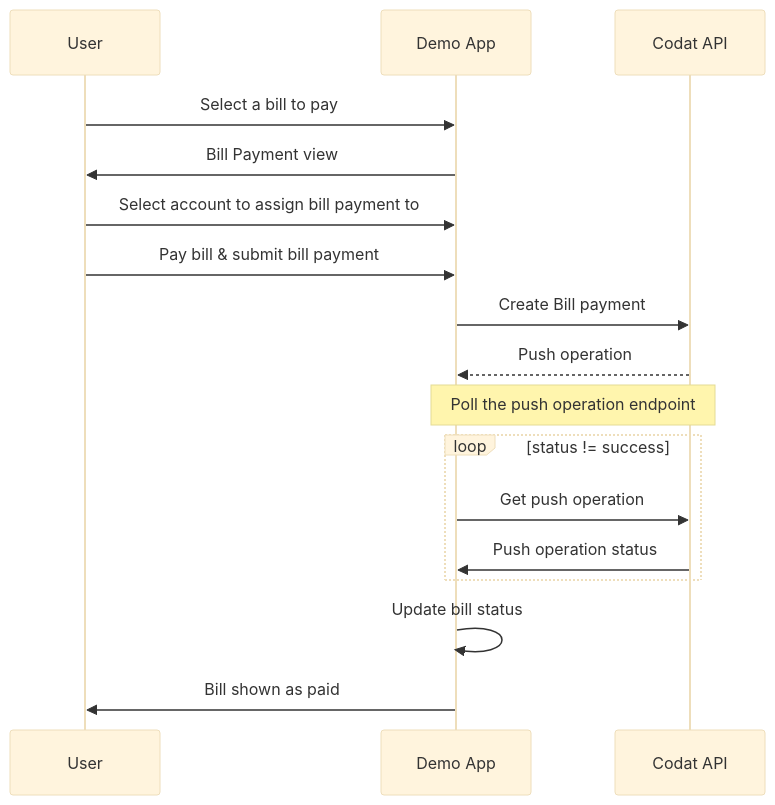
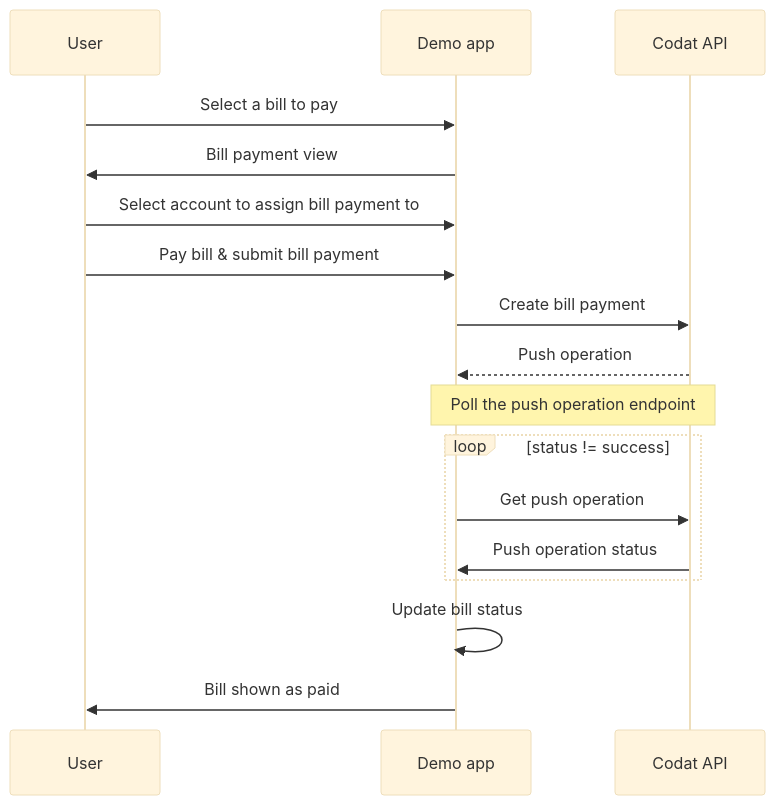
The second of 2 diagrams in docs/payables/guides/bill-pay/how-the-demo-app-works.md (codatio/codat-docs), drawn with Mermaid (base theme) before and after one commit. The commit also changed other lines of this file and 13 other files, not shown here.

````diff
--- a/docs/payables/guides/bill-pay/how-the-demo-app-works.md
+++ b/docs/payables/guides/bill-pay/how-the-demo-app-works.md
@@ -162,22 +189,22 @@
 ```mermaid
 sequenceDiagram
     participant user as User
-    participant backend as Demo App 
+    participant backend as Demo app 
     participant codat as Codat API    
               
     user ->> backend: Select a bill to pay
-    backend ->> user: Bill Payment view
+    backend ->> user: Bill payment view
     user ->> backend: Select account to assign bill payment to
     user ->> backend: Pay bill & submit bill payment
 
-    backend ->> codat: Create Bill payment
+    backend ->> codat: Create bill payment
     codat -->> backend: Push operation
     Note over codat,backend: Poll the push operation endpoint
     loop status != success
         backend ->> codat: Get push operation
         codat ->> backend: Push operation status
     end
     backend ->> backend: Update bill status
     backend ->> user: Bill shown as paid
     
 ```
````
